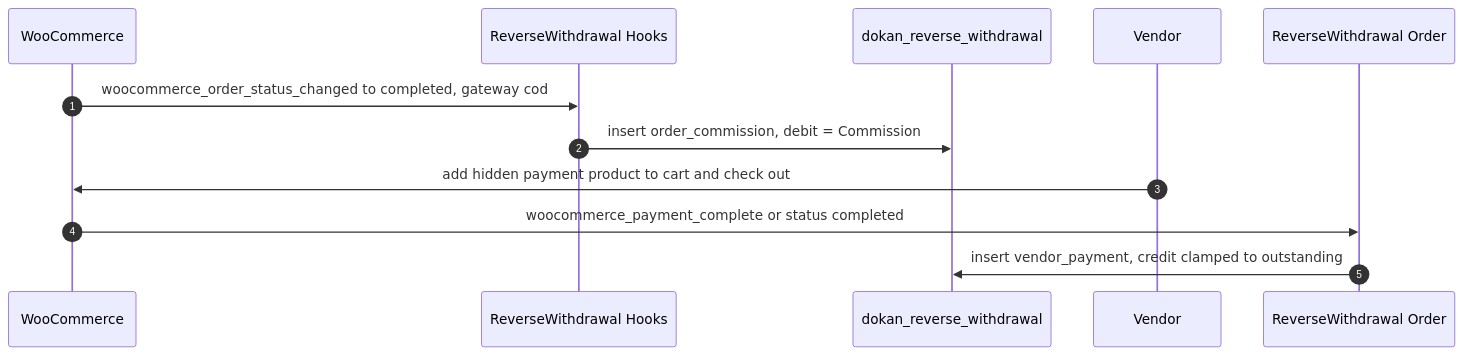
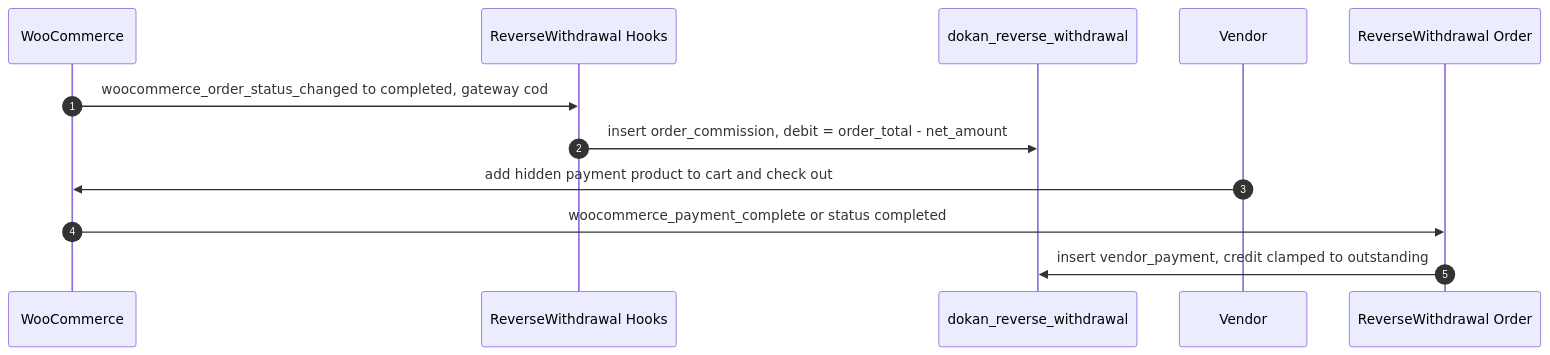
Before and after one commit to getdokan/dokan: the diagram in docs/adr/0015-reverse-withdrawal-is-a-separate-receivable-ledger.md, drawn with Mermaid. The commit also changed other lines of this file and 84 other files, not shown here.

````diff
--- a/docs/adr/0015-reverse-withdrawal-is-a-separate-receivable-ledger.md
+++ b/docs/adr/0015-reverse-withdrawal-is-a-separate-receivable-ledger.md
@@ -22,14 +22,14 @@
 ```mermaid
 sequenceDiagram
     autonumber
     participant WC as WooCommerce
     participant H as ReverseWithdrawal Hooks
     participant RW as dokan_reverse_withdrawal
     participant V as Vendor
     participant O as ReverseWithdrawal Order
     WC->>H: woocommerce_order_status_changed to completed, gateway cod
-    H->>RW: insert order_commission, debit = Commission
+    H->>RW: insert order_commission, debit = order_total - net_amount
     V->>WC: add hidden payment product to cart and check out
     WC->>O: woocommerce_payment_complete or status completed
     O->>RW: insert vendor_payment, credit clamped to outstanding
 ```
````
